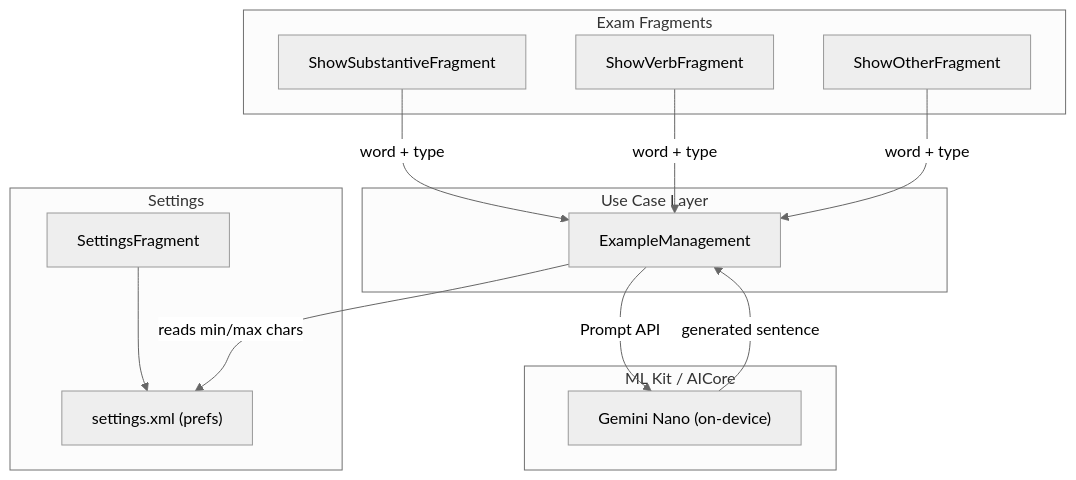
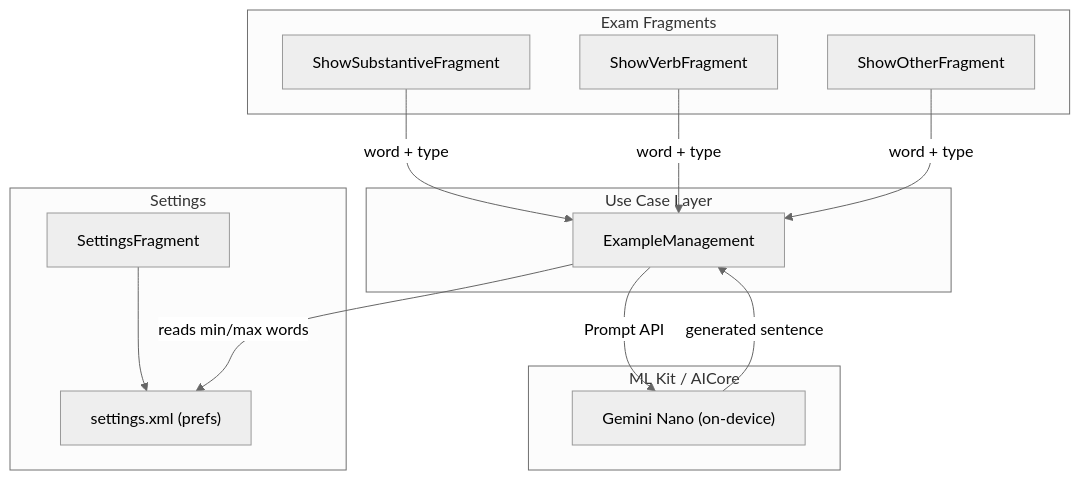
The diagram in PLAN_v6.0.0.md (fdgc7/MGV), drawn with Mermaid (neutral theme) before and after one commit. The commit also changed other lines of this file and 17 other files, not shown here.

````diff
--- a/PLAN_v6.0.0.md
+++ b/PLAN_v6.0.0.md
@@ -12,26 +14,26 @@
 ```mermaid
 flowchart TD
     subgraph exam [Exam Fragments]
         SSF[ShowSubstantiveFragment]
         SVF[ShowVerbFragment]
         SOF[ShowOtherFragment]
     end
     subgraph usecase [Use Case Layer]
         EM[ExampleManagement]
     end
     subgraph mlkit [ML Kit / AICore]
         GN["Gemini Nano (on-device)"]
     end
     subgraph settings [Settings]
         SF[SettingsFragment]
         SP["settings.xml (prefs)"]
     end
 
     SSF -->|"word + type"| EM
     SVF -->|"word + type"| EM
     SOF -->|"word + type"| EM
     EM -->|"Prompt API"| GN
     GN -->|"generated sentence"| EM
     SF --> SP
-    EM -->|"reads min/max chars"| SP
+    EM -->|"reads min/max words"| SP
 ```
````
